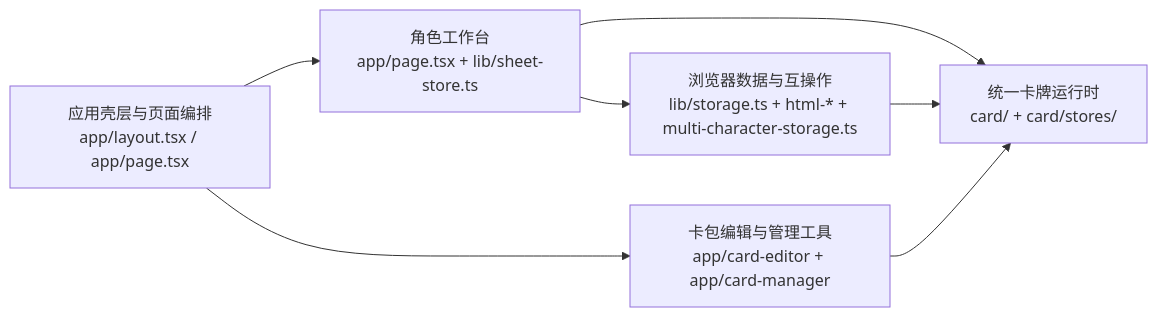
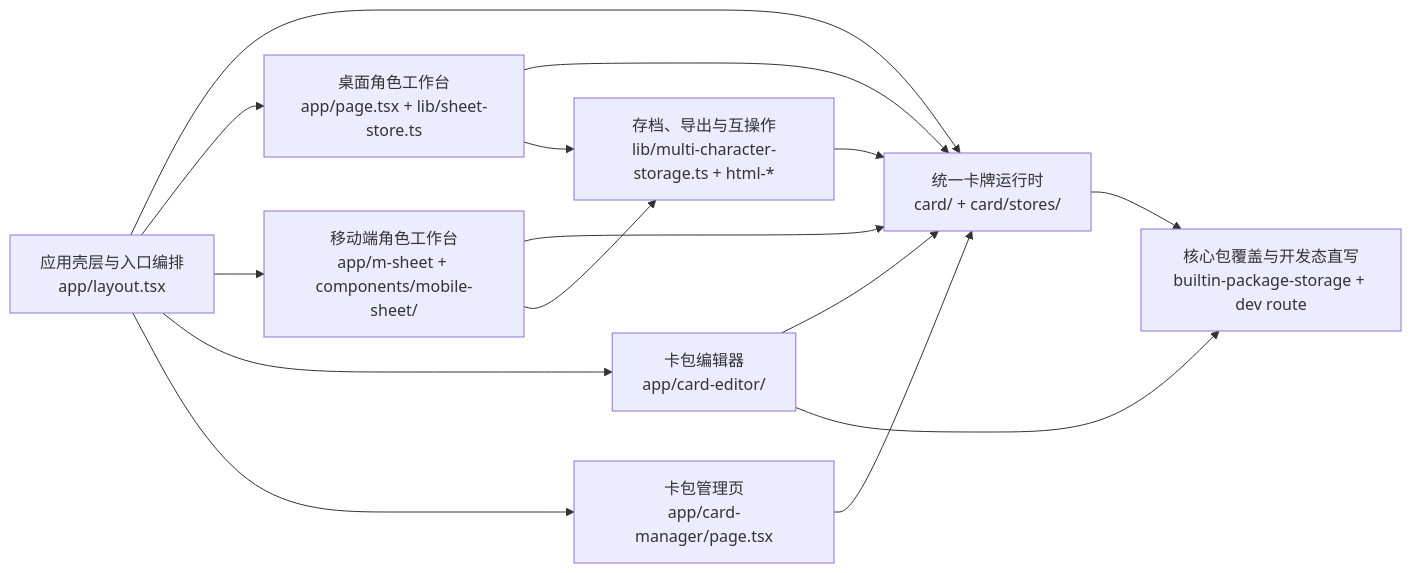
One commit to autumn-moon-py/Edgerunners-CharacterSheet changed the first of 5 diagrams in .nexus-map/arch/dependencies.md. Above: the diagram before and after it, drawn with Mermaid. The commit also changed other lines of this file and 90 other files, not shown here.

````diff
--- a/.nexus-map/arch/dependencies.md
+++ b/.nexus-map/arch/dependencies.md
@@ -11,15 +11,26 @@
 ```mermaid
 flowchart LR
-  app_shell["应用壳层与页面编排<br/>app/layout.tsx / app/page.tsx"]
-  workspace["角色工作台<br/>app/page.tsx + lib/sheet-store.ts"]
-  card_runtime["统一卡牌运行时<br/>card/ + card/stores/"]
-  card_tools["卡包编辑与管理工具<br/>app/card-editor + app/card-manager"]
-  browser_data["浏览器数据与互操作<br/>lib/storage.ts + html-* + multi-character-storage.ts"]
+  shell["应用壳层与入口编排<br/>app/layout.tsx"]
+  desktop["桌面角色工作台<br/>app/page.tsx + lib/sheet-store.ts"]
+  mobile["移动端角色工作台<br/>app/m-sheet + components/mobile-sheet/"]
+  runtime["统一卡牌运行时<br/>card/ + card/stores/"]
+  editor["卡包编辑器<br/>app/card-editor/"]
+  manager["卡包管理页<br/>app/card-manager/page.tsx"]
+  interop["存档、导出与互操作<br/>lib/multi-character-storage.ts + html-*"]
+  builtin["核心包覆盖与开发态直写<br/>builtin-package-storage + dev route"]
 
-  app_shell --> workspace
-  app_shell --> card_tools
-  workspace --> card_runtime
-  workspace --> browser_data
-  card_tools --> card_runtime
-  browser_data --> card_runtime
+  shell --> runtime
+  shell --> desktop
+  shell --> mobile
+  shell --> editor
+  shell --> manager
+  desktop --> runtime
+  desktop --> interop
+  mobile --> runtime
+  mobile --> interop
+  runtime --> builtin
+  editor --> runtime
+  editor --> builtin
+  manager --> runtime
+  interop --> runtime
 ```
````
